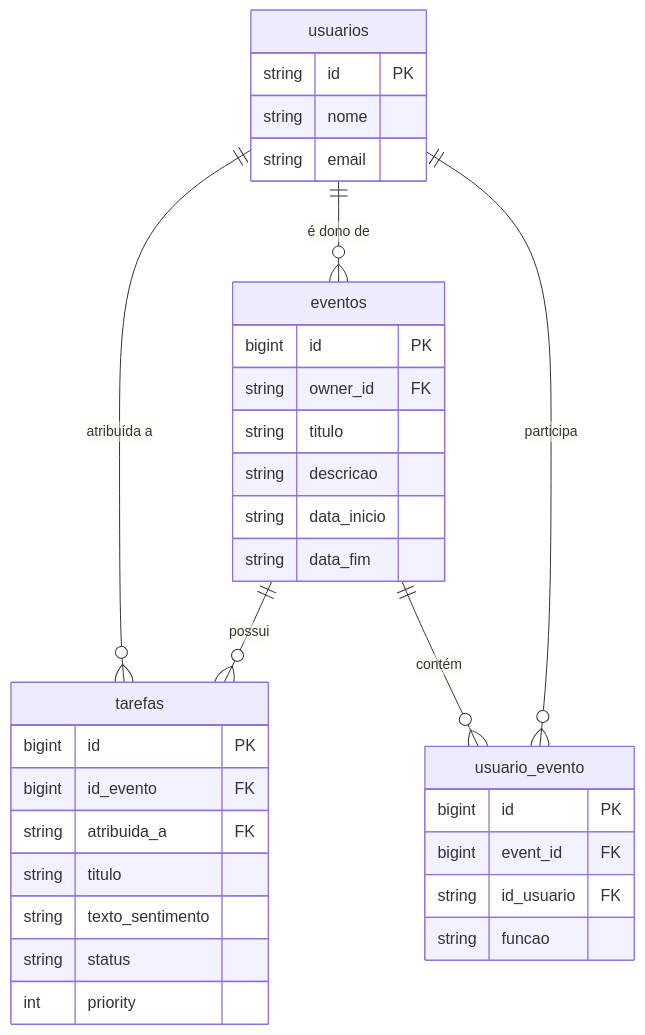
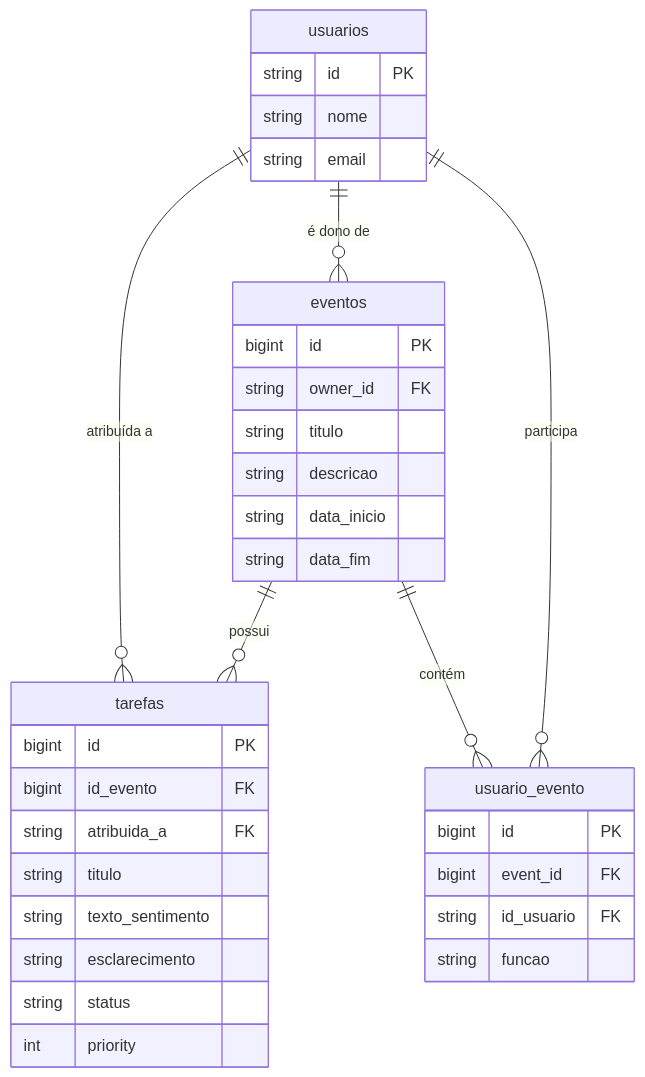
One commit to GuilhermeTyper/Plataforma_de_gestao changed the diagram in README.md. Above: the diagram before and after it, drawn with Mermaid.

Commit message:
Add esclarecimento field to event structure

````diff
--- a/README.md
+++ b/README.md
@@ -112,40 +112,41 @@
 ```mermaid
 erDiagram
     usuarios {
         string id PK
         string nome
         string email
     }
 
     tarefas {
         bigint id PK
         bigint id_evento FK
         string atribuida_a FK
         string titulo
         string texto_sentimento
+        string esclarecimento
         string status
         int priority
     }
 
     eventos {
         bigint id PK
         string owner_id FK
         string titulo
         string descricao
         string data_inicio
         string data_fim
     }
 
     usuario_evento {
         bigint id PK
         bigint event_id FK
         string id_usuario FK
         string funcao
     }
 
     usuarios ||--o{ tarefas : "atribuída a"
     eventos ||--o{ tarefas : "possui"
     usuarios ||--o{ eventos : "é dono de"
     usuarios ||--o{ usuario_evento : "participa"
     eventos ||--o{ usuario_evento : "contém"
 ```
````
